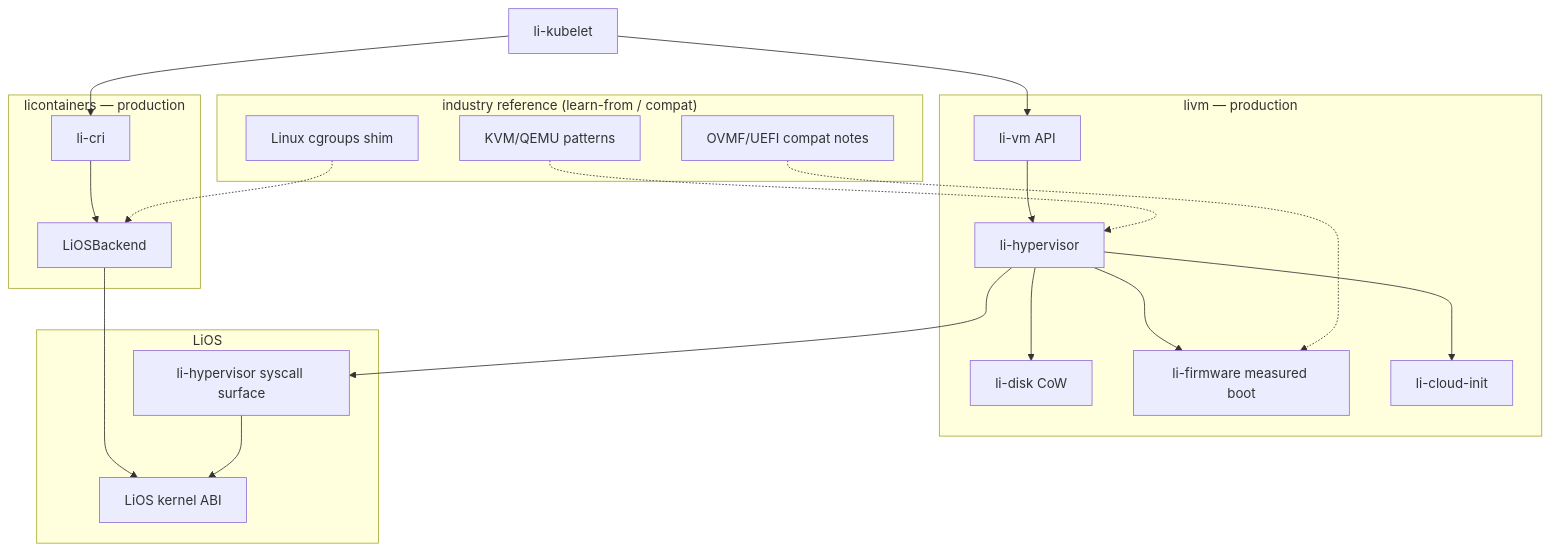
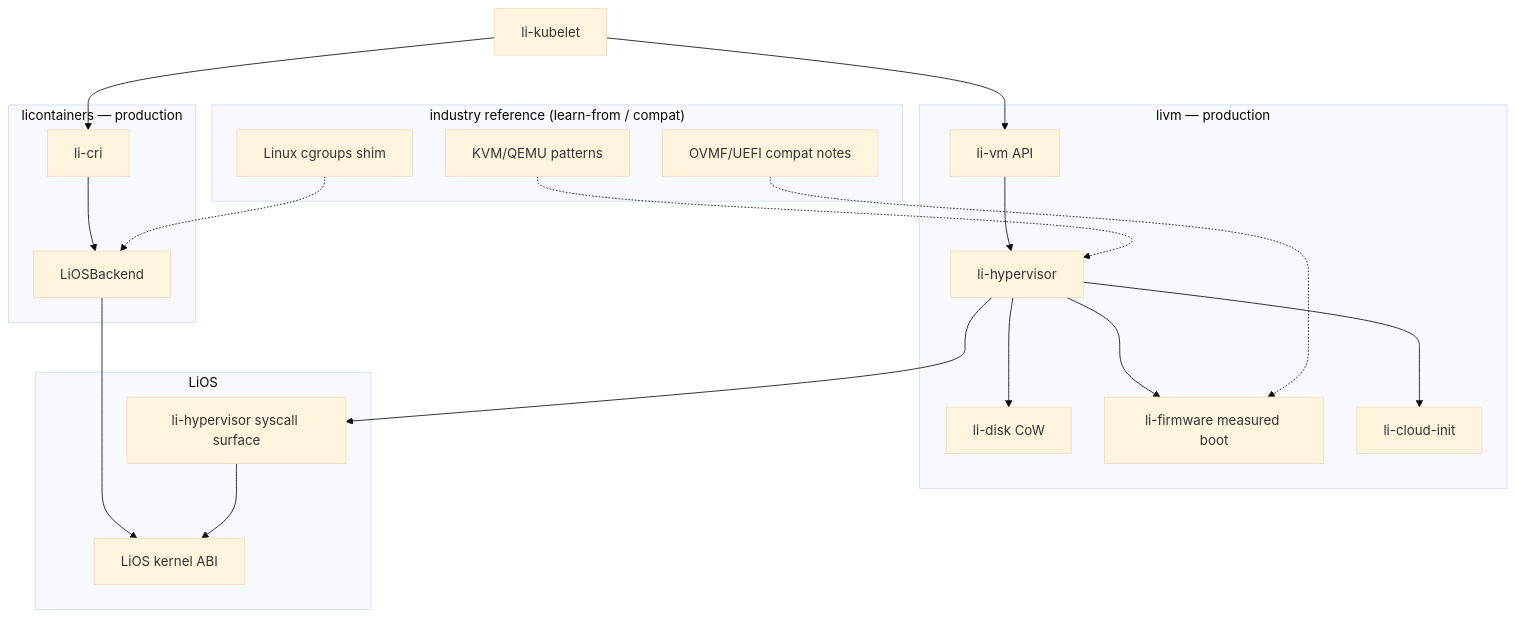
One commit to li-langverse/lic changed the fourth of 4 diagrams in docs/libernetes-roadmap.md. Above: the diagram before and after it, drawn with Mermaid. The commit also changed other lines of this file and 10 other files, not shown here.

First line of the commit message:
Fix libernetes roadmap PNG renders cropped by mmdc defaults.

````diff
--- a/docs/libernetes-roadmap.md
+++ b/docs/libernetes-roadmap.md
@@ -156,41 +159,42 @@
 ```mermaid
+%%{init: {'theme': 'base', 'flowchart': {'nodeSpacing': 40, 'rankSpacing': 60, 'padding': 16}}}%%
 flowchart TB
-  subgraph livm [livm — production]
+  subgraph livm ["livm — production"]
     vapi[li-vm API]
     hypervisor[li-hypervisor]
     disk[li-disk CoW]
     firmware[li-firmware measured boot]
     cloudinit[li-cloud-init]
   end
 
-  subgraph licont [licontainers — production]
+  subgraph licont ["licontainers — production"]
     cri[li-cri]
     liosbe[LiOSBackend]
   end
 
   subgraph lios [LiOS]
     abi[LiOS kernel ABI]
     hv[li-hypervisor syscall surface]
   end
 
   subgraph ref ["industry reference (learn-from / compat)"]
     kvmref["KVM/QEMU patterns"]
     ovmfref["OVMF/UEFI compat notes"]
     cgroupsref["Linux cgroups shim"]
   end
 
   kubelet[li-kubelet] --> vapi
   kubelet --> cri
   vapi --> hypervisor
   hypervisor --> disk
   hypervisor --> firmware
   hypervisor --> cloudinit
   hypervisor --> hv
   cri --> liosbe
   liosbe --> abi
   hv --> abi
 
   kvmref -.-> hypervisor
   ovmfref -.-> firmware
   cgroupsref -.-> liosbe
 ```
````
